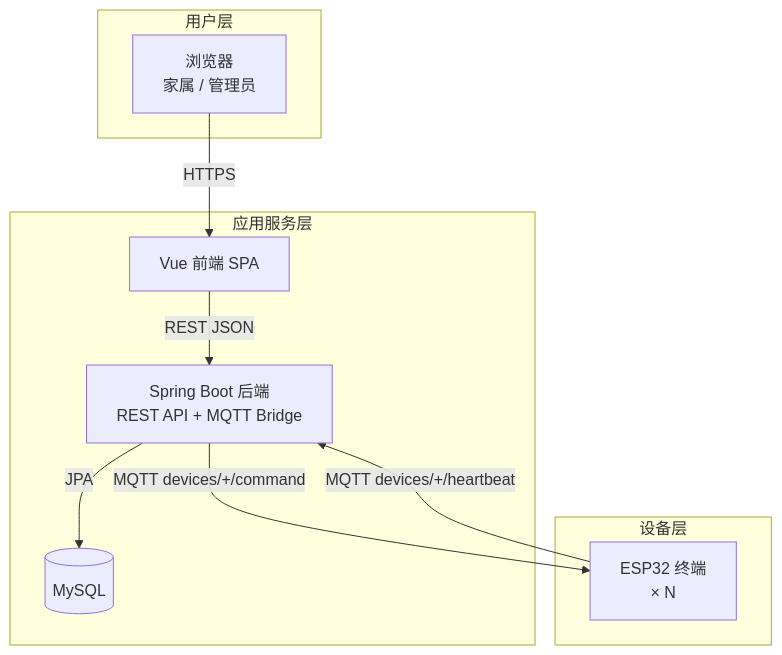
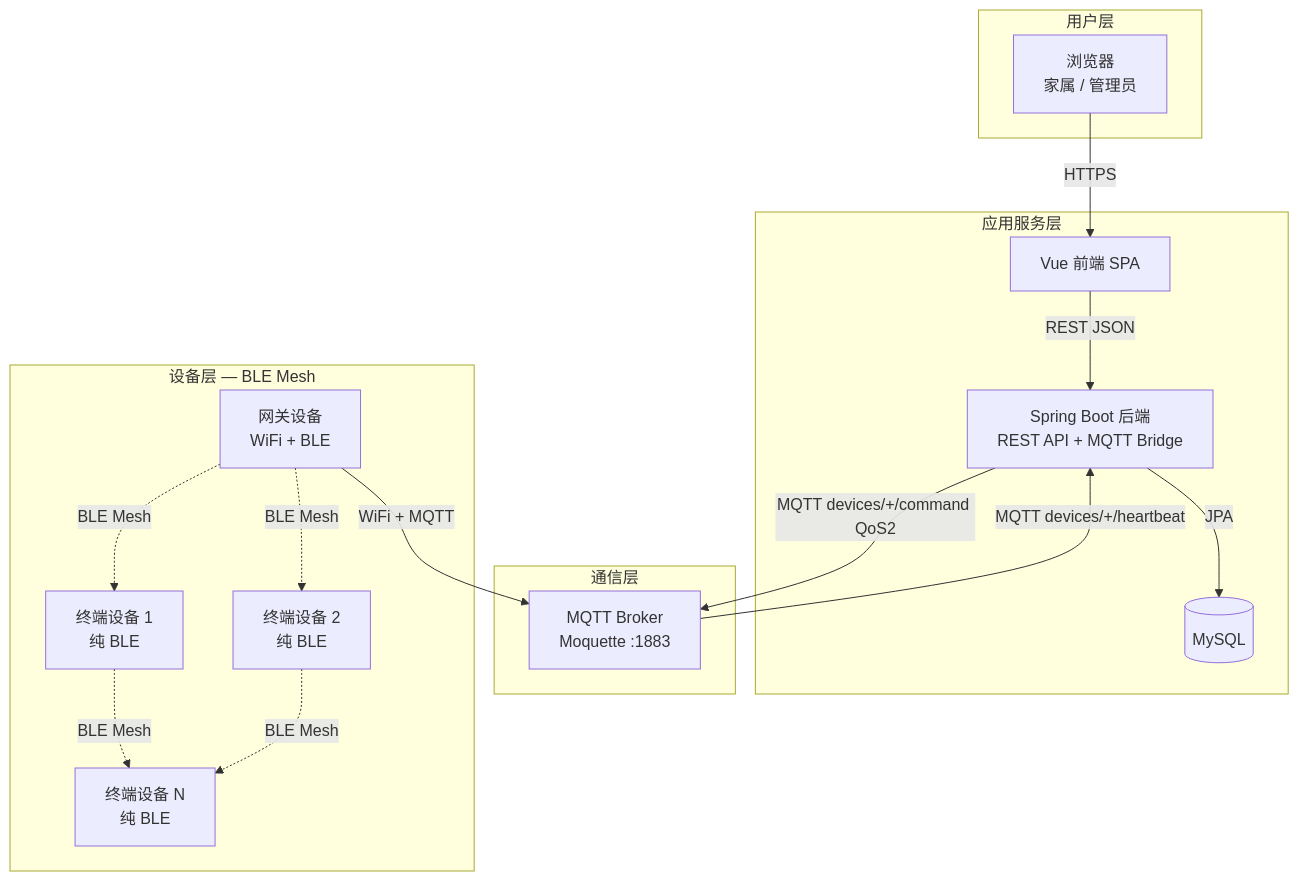
One commit to SHIKE888/Carebed_Platform changed the first of 4 diagrams in README.md. Above: the diagram before and after it, drawn with Mermaid. The commit also changed other lines of this file and 118 other files, not shown here.

````diff
--- a/README.md
+++ b/README.md
@@ -35,22 +35,35 @@
 ```mermaid
 graph TB
     subgraph "用户层"
         U[浏览器<br/>家属 / 管理员]
     end
 
     subgraph "应用服务层"
         F[Vue 前端 SPA]
         B[Spring Boot 后端<br/>REST API + MQTT Bridge]
         DB[(MySQL)]
     end
 
-    subgraph "设备层"
-        ESP[ESP32 终端<br/>× N]
+    subgraph "通信层"
+        MQ[MQTT Broker<br/>Moquette :1883]
+    end
+
+    subgraph "设备层 — BLE Mesh"
+        GW[网关设备<br/>WiFi + BLE]
+        ND1[终端设备 1<br/>纯 BLE]
+        ND2[终端设备 2<br/>纯 BLE]
+        ND3[终端设备 N<br/>纯 BLE]
     end
 
     U -->|HTTPS| F
     F -->|"REST JSON"| B
     B -->|JPA| DB
-    B -->|"MQTT devices/+/command"| ESP
-    ESP -->|"MQTT devices/+/heartbeat"| B
+    B -->|"MQTT devices/+/command QoS2"| MQ
+    MQ -->|"MQTT devices/+/heartbeat"| B
+
+    GW -->|WiFi + MQTT| MQ
+    GW -.->|"BLE Mesh"| ND1
+    GW -.->|"BLE Mesh"| ND2
+    ND1 -.->|"BLE Mesh"| ND3
+    ND2 -.->|"BLE Mesh"| ND3
 ```
````
